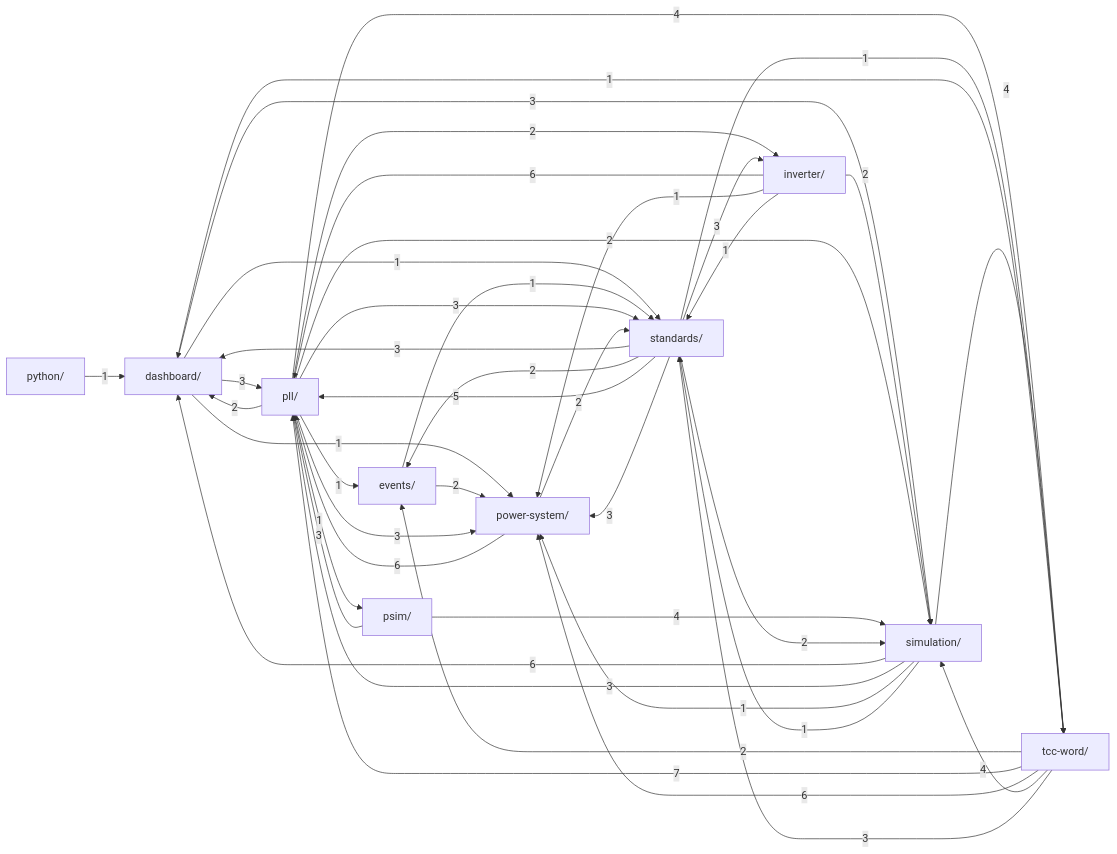
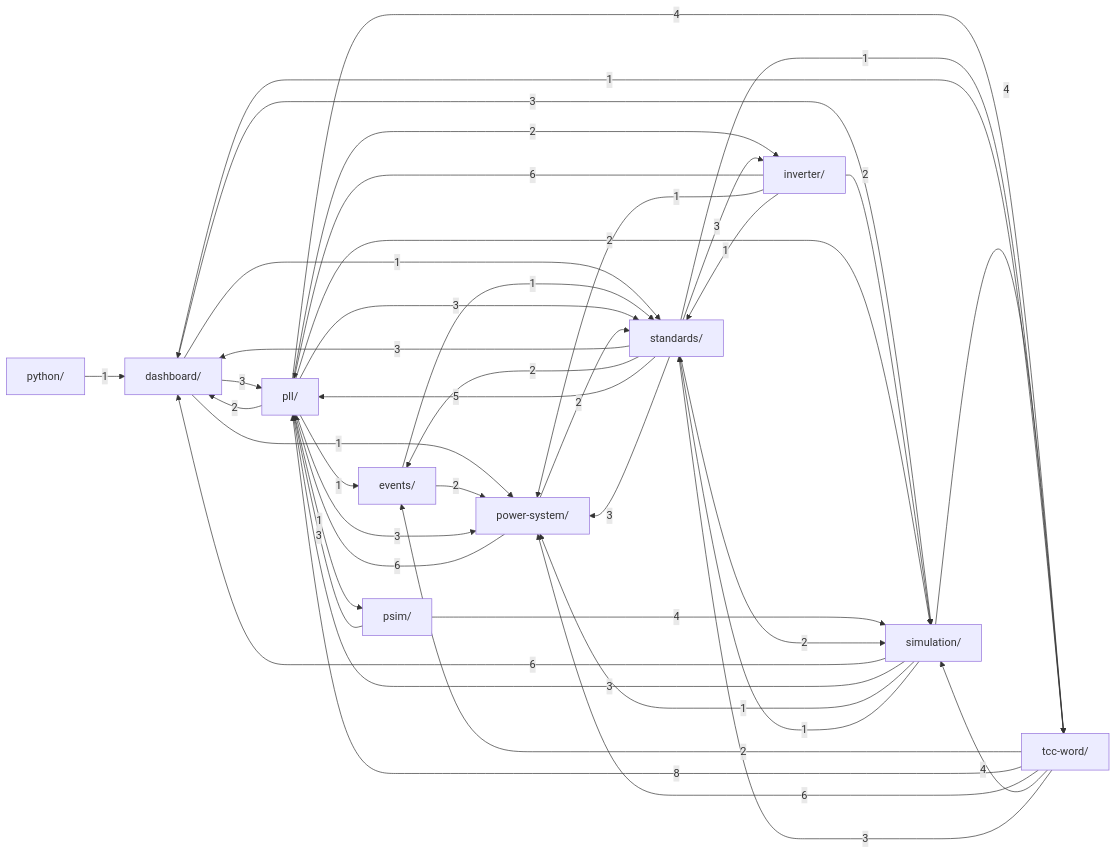
Before and after one commit to GGHB0/pll_stability_9bus: the diagram in .claude/kb/grafo.md, drawn with Mermaid. The commit also changed 10 other files, not shown here.

````diff
--- a/.claude/kb/grafo.md
+++ b/.claude/kb/grafo.md
@@ -12,54 +12,54 @@
 ```mermaid
 graph LR
     dashboard["dashboard/"]
     events["events/"]
     inverter["inverter/"]
     pll["pll/"]
     power_system["power-system/"]
     psim["psim/"]
     python["python/"]
     simulation["simulation/"]
     standards["standards/"]
     tcc_word["tcc-word/"]
     dashboard -->|3| pll
     dashboard -->|1| power_system
     dashboard -->|3| simulation
     dashboard -->|1| standards
     events -->|2| power_system
     events -->|1| standards
     inverter -->|6| pll
     inverter -->|1| power_system
     inverter -->|2| simulation
     inverter -->|1| standards
     pll -->|2| dashboard
     pll -->|1| events
     pll -->|2| inverter
     pll -->|3| power_system
     pll -->|1| psim
     pll -->|2| simulation
     pll -->|3| standards
     pll -->|4| tcc_word
     power_system -->|6| pll
     power_system -->|2| standards
     psim -->|3| pll
     psim -->|4| simulation
     python -->|1| dashboard
     simulation -->|6| dashboard
     simulation -->|3| pll
     simulation -->|1| power_system
     simulation -->|1| standards
     simulation -->|4| tcc_word
     standards -->|3| dashboard
     standards -->|2| events
     standards -->|3| inverter
     standards -->|5| pll
     standards -->|3| power_system
     standards -->|2| simulation
     standards -->|1| tcc_word
     tcc_word -->|1| dashboard
     tcc_word -->|2| events
-    tcc_word -->|7| pll
+    tcc_word -->|8| pll
     tcc_word -->|6| power_system
     tcc_word -->|4| simulation
     tcc_word -->|3| standards
 ```
````
